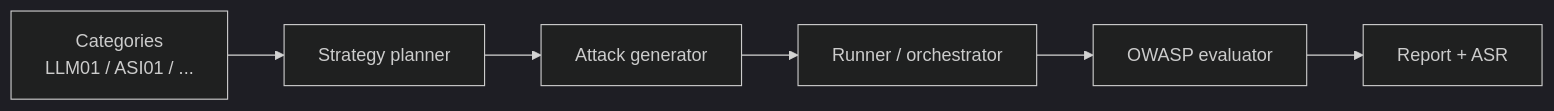
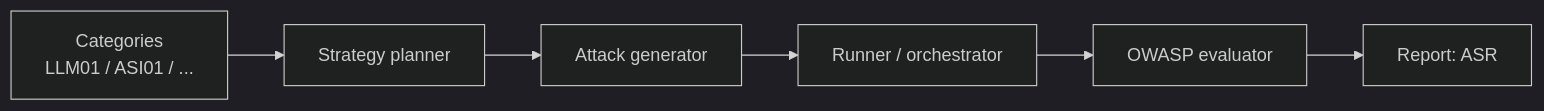
Before and after one commit to orq-ai/evaluatorq: the diagram in docs/guides/red-teaming.md, drawn with Mermaid (dark theme). The commit also changed other lines of this file and 8 other files, not shown here.

````diff
--- a/docs/guides/red-teaming.md
+++ b/docs/guides/red-teaming.md
@@ -16,11 +11,8 @@
 ```mermaid
 flowchart LR
-    C[Categories<br/>LLM01 / ASI01 / ...]
-    SP[Strategy planner]
-    AG[Attack generator]
-    OR[Runner / orchestrator]
-    EV[OWASP evaluator]
-    RP[Report + ASR]
-
-    C --> SP --> AG --> OR --> EV --> RP
+    C[Categories<br/>LLM01 / ASI01 / ...] --> SP[Strategy planner]
+    SP --> AG[Attack generator]
+    AG --> OR[Runner / orchestrator]
+    OR --> EV[OWASP evaluator]
+    EV --> RP[Report: ASR]
 ```
````
